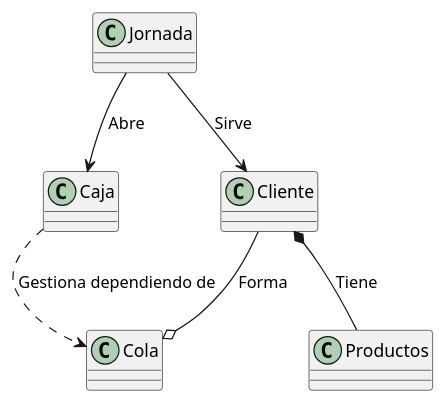
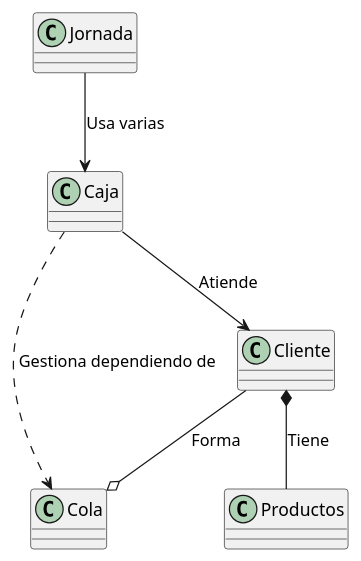
The diagram in modelosUML y svg/UML/diagramaClases.puml (mmasias/24-25-IdSw2-SDD), drawn with PlantUML before and after one commit. The commit also changed 2 other files, not shown here.

Commit message:
mejora diagrama v1

```diff
--- a/modelosUML y svg/UML/diagramaClases.puml
+++ b/modelosUML y svg/UML/diagramaClases.puml
@@ -1,20 +1,21 @@
 @startuml
 
 class Jornada {
 }
 class Caja {
 }
 class Cola {
 }
 class Cliente {
 }
 class Productos {
 }
 
-Jornada --> Caja : "Abre"
-Jornada --> Cliente : "Sirve"
+
+Jornada --> Caja : "Usa varias"
+Caja --> Cliente : "Atiende"
 Cliente *-- Productos : "Tiene"
 Cliente --o Cola : "Forma"
 Caja ..> Cola : "Gestiona dependiendo de"
 
 @enduml
```
